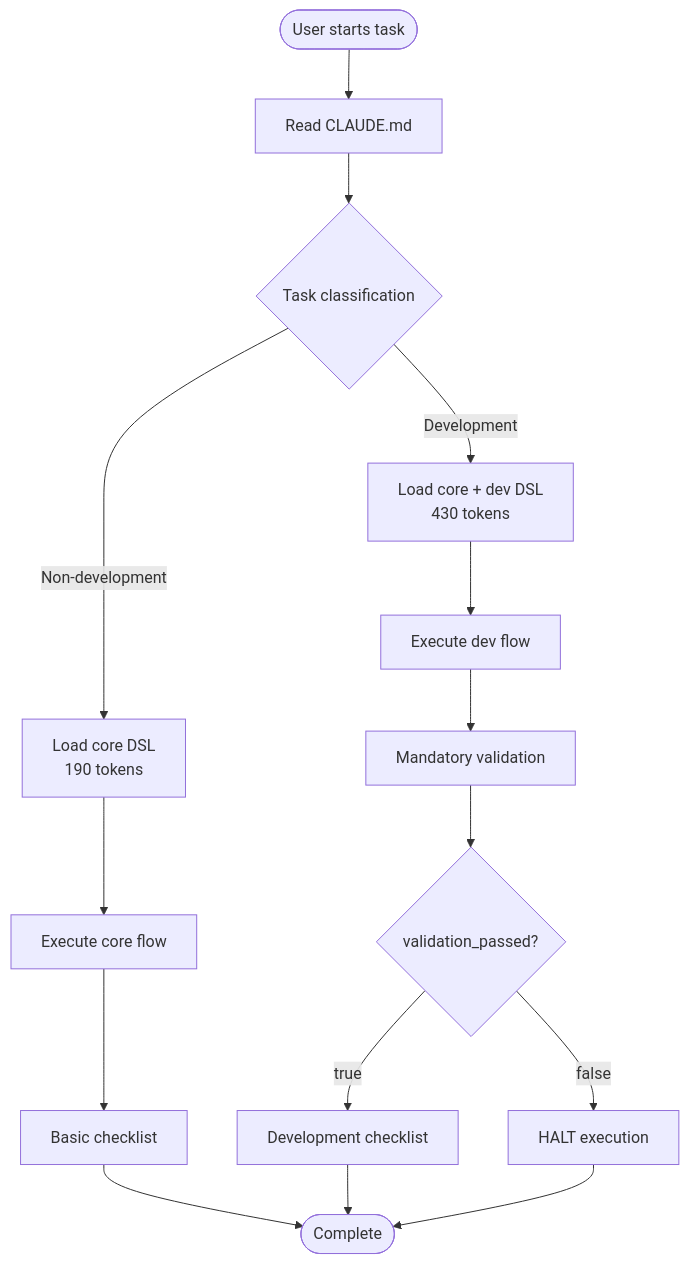
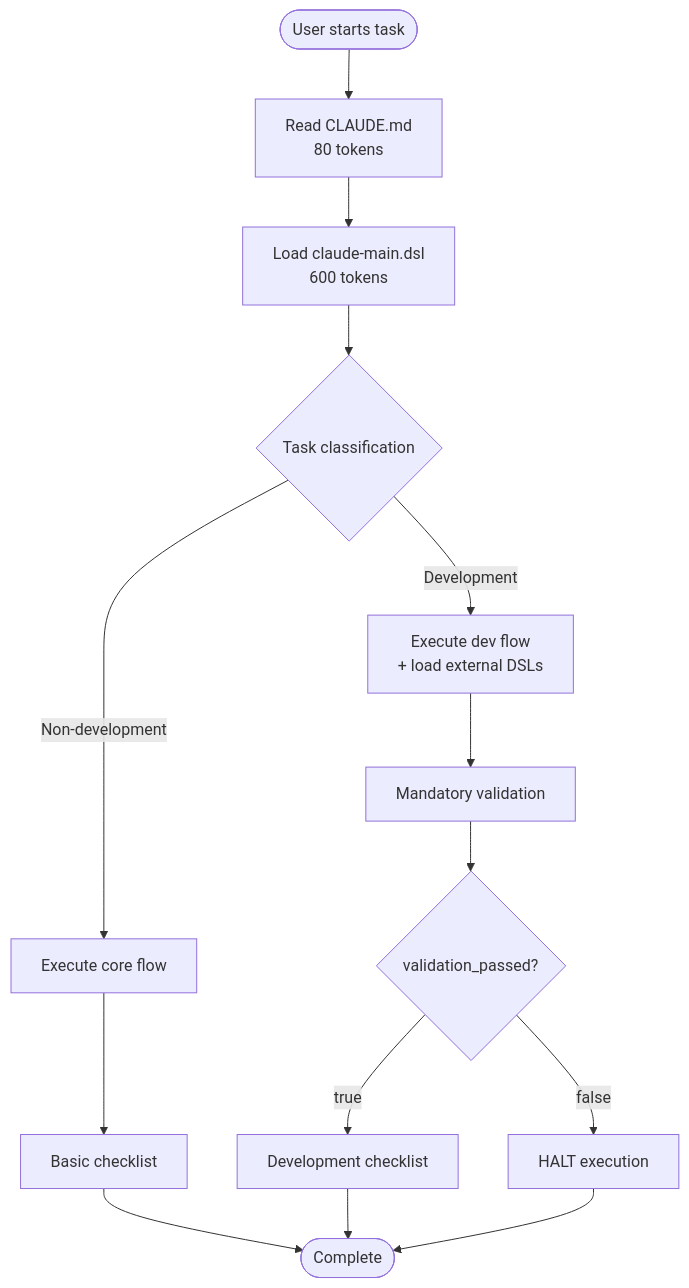
The first of 8 diagrams in dsl/FLOW.md (reivosar/claude-code-engineering-guide), drawn with Mermaid before and after one commit. The commit also changed other lines of this file and 6 other files, not shown here.

First line of the commit message:
REFACTOR: Complete DSL architecture overhaul with accurate token calculations

````diff
--- a/dsl/FLOW.md
+++ b/dsl/FLOW.md
@@ -5,22 +6,20 @@
 ```mermaid
 graph TB
-    Start([User starts task]) --> ReadClaude[Read CLAUDE.md]
-    ReadClaude --> ClassifyTask{Task classification}
+    Start([User starts task]) --> ReadClaude[Read CLAUDE.md<br/>80 tokens]
+    ReadClaude --> LoadMain[Load claude-main.dsl<br/>600 tokens]
+    LoadMain --> ClassifyTask{Task classification}
     
-    ClassifyTask -->|Non-development| LoadCore[Load core DSL<br/>190 tokens]
-    ClassifyTask -->|Development| LoadDev[Load core + dev DSL<br/>430 tokens]
-    
-    LoadCore --> CoreFlow[Execute core flow]
-    LoadDev --> DevFlow[Execute dev flow]
+    ClassifyTask -->|Non-development| CoreFlow[Execute core flow]
+    ClassifyTask -->|Development| DevFlow[Execute dev flow<br/>+ load external DSLs]
     
     CoreFlow --> BasicCheck[Basic checklist]
     DevFlow --> Validate[Mandatory validation]
     
     Validate --> ValidationCheck{validation_passed?}
     ValidationCheck -->|false| Halt[HALT execution]
     ValidationCheck -->|true| DevCheck[Development checklist]
     
     BasicCheck --> End([Complete])
     DevCheck --> End
     Halt --> End
 ```
````
